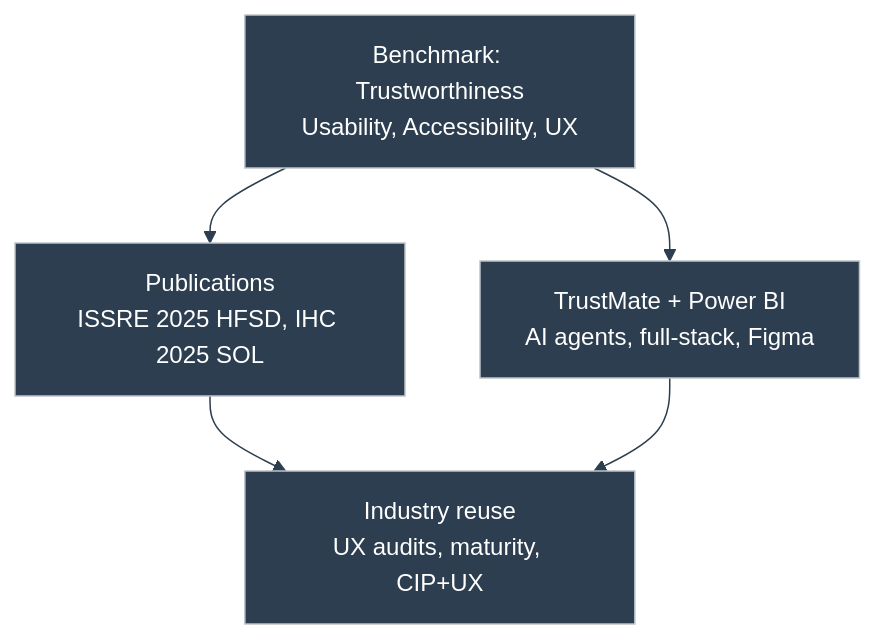
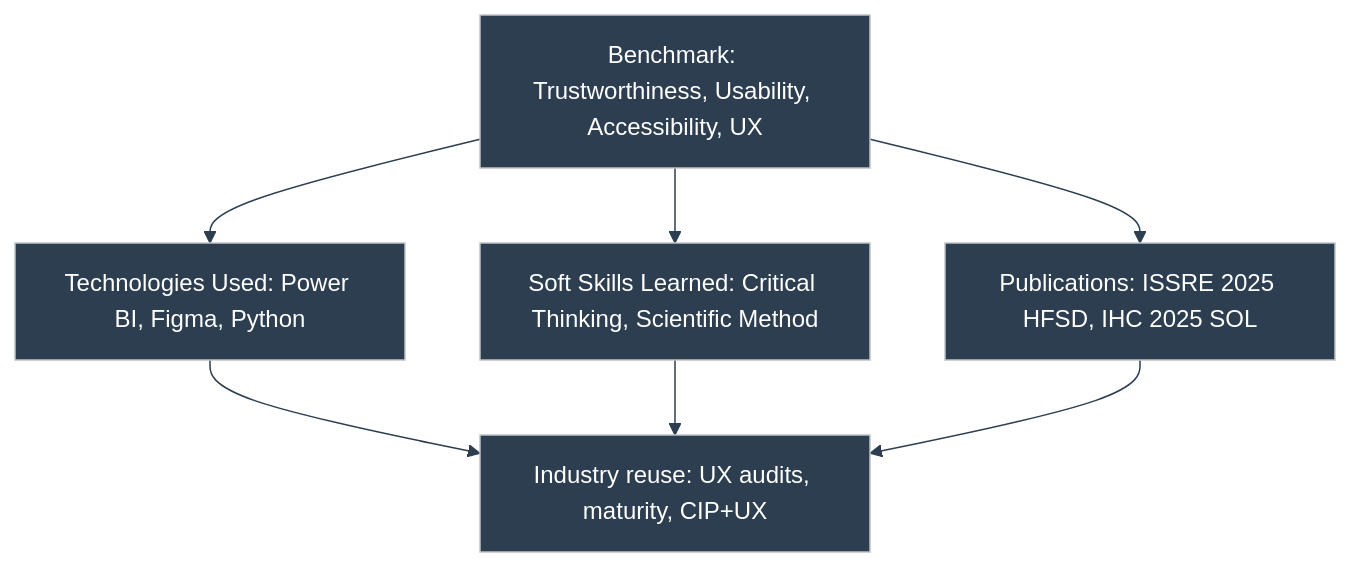
One commit to duducm2/my-personal-repo changed the fourth of 13 diagrams in portfolio/mermaid/diagrams.md. Above: the diagram before and after it, drawn with Mermaid. The commit also changed other lines of this file and 3 other files, not shown here.

````diff
--- a/portfolio/mermaid/diagrams.md
+++ b/portfolio/mermaid/diagrams.md
@@ -50,12 +49,15 @@
 ```mermaid
 %%{init: {'theme': 'base', 'themeVariables': { 'primaryColor': '#2c3e50', 'primaryTextColor': '#fff', 'primaryBorderColor': '#bdc3c7', 'lineColor': '#2c3e50', 'fontFamily': 'Lato'}}}%%
 flowchart TD
-  Focus["Benchmark: Trustworthiness\nUsability, Accessibility, UX"]
-  Pub["Publications\nISSRE 2025 HFSD, IHC 2025 SOL"]
-  Tool["TrustMate + Power BI\nAI agents, full-stack, Figma"]
-  Industry["Industry reuse\nUX audits, maturity, CIP+UX"]
+  Focus["Benchmark: Trustworthiness, Usability, Accessibility, UX"]
+  Tech["Technologies Used: Power BI, Figma, Python"]
+  Soft["Soft Skills Learned: Critical Thinking, Scientific Method"]
+  Pub["Publications: ISSRE 2025 HFSD, IHC 2025 SOL"]
+  Industry["Industry reuse: UX audits, maturity, CIP+UX"]
+  Focus --> Tech
+  Focus --> Soft
   Focus --> Pub
-  Focus --> Tool
+  Tech --> Industry
+  Soft --> Industry
   Pub --> Industry
-  Tool --> Industry
 ```
````
